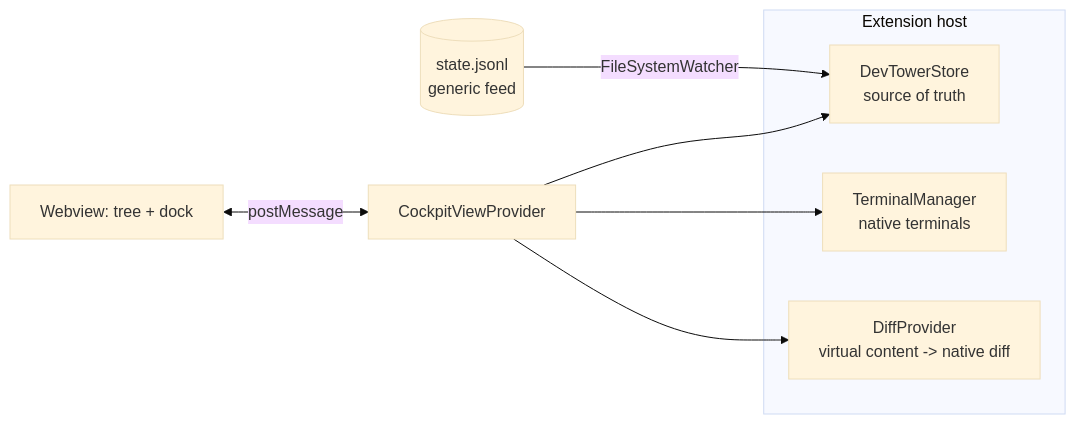
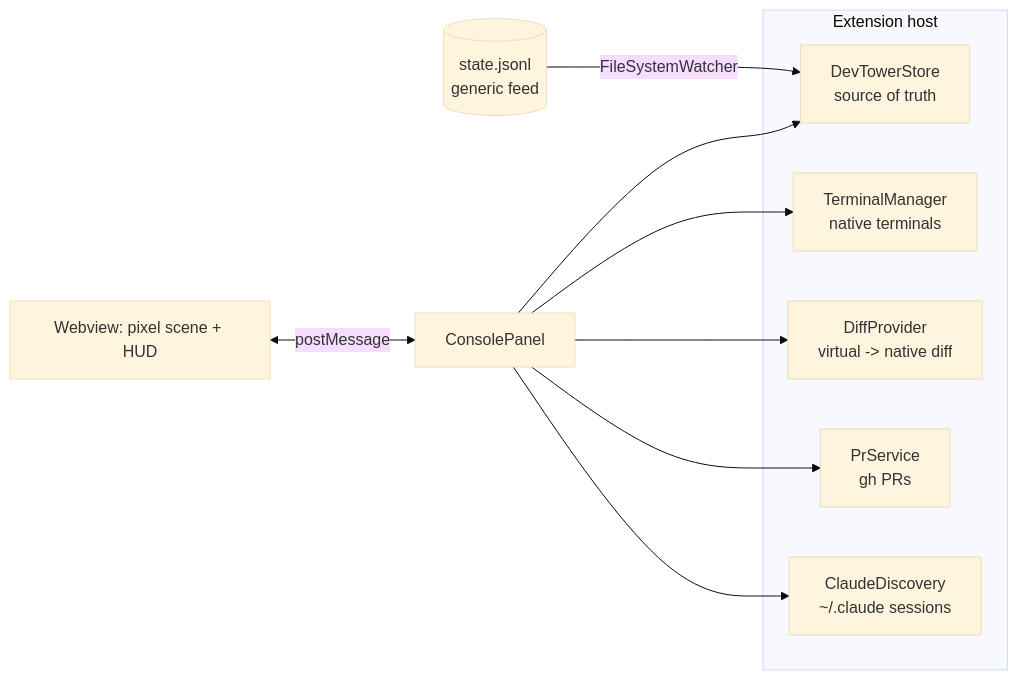
Before and after one commit to BradenTerry/DevTower: the diagram in README.md, drawn with Mermaid (base theme). The commit also changed other lines of this file and 14 other files, not shown here.

````diff
--- a/README.md
+++ b/README.md
@@ -39,11 +65,13 @@
 ```mermaid
 flowchart LR
   subgraph host[Extension host]
-    FS[DevTowerStore<br/>source of truth]
+    ST[DevTowerStore<br/>source of truth]
     TM[TerminalManager<br/>native terminals]
-    DP[DiffProvider<br/>virtual content -> native diff]
+    DP[DiffProvider<br/>virtual -> native diff]
+    PR[PrService<br/>gh PRs]
+    CD[ClaudeDiscovery<br/>~/.claude sessions]
   end
-  SF[(state.jsonl<br/>generic feed)] -->|FileSystemWatcher| FS
-  WV[Webview: tree + dock] <-->|postMessage| CV[CockpitViewProvider]
-  CV --> FS & TM & DP
+  SF[(state.jsonl<br/>generic feed)] -->|FileSystemWatcher| ST
+  WV[Webview: pixel scene + HUD] <-->|postMessage| CP[ConsolePanel]
+  CP --> ST & TM & DP & PR & CD
 ```
````
